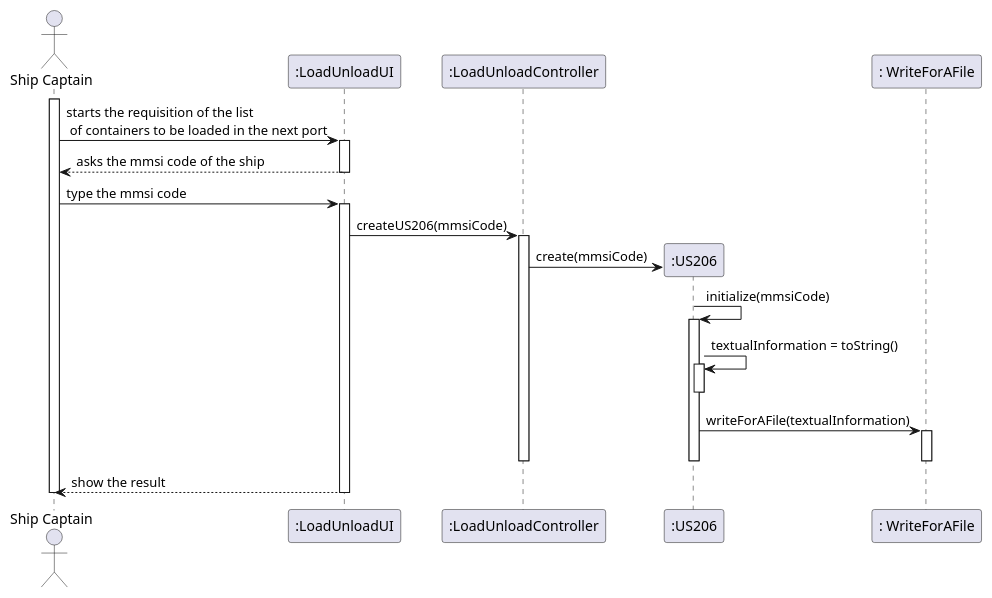
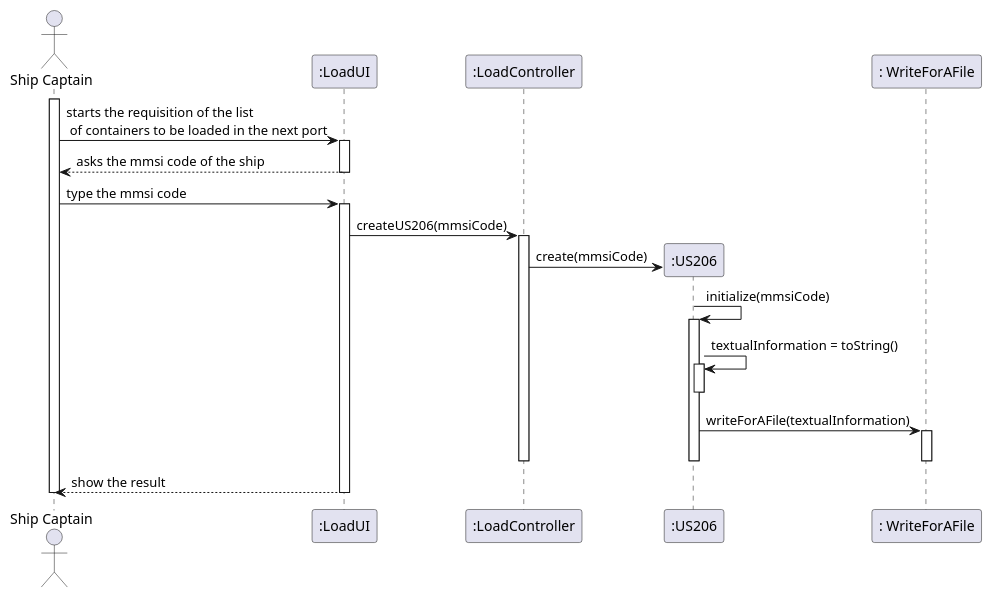
The diagram in docs/US206/US206_SD.puml (0franciscor/lapr3-2021-g042), drawn with PlantUML before and after one commit. The commit also changed 21 other files, not shown here.

```diff
--- a/docs/US206/US206_SD.puml
+++ b/docs/US206/US206_SD.puml
@@ -1,44 +1,44 @@
 @startuml
 'https://plantuml.com/class-diagram
 
 actor "Ship Captain" as SC
-participant ":LoadUnloadUI" as UI
-participant ":LoadUnloadController" as CT
+participant ":LoadUI" as UI
+participant ":LoadController" as CT
 participant ":US206" as US
 participant ": WriteForAFile" as WF
 
 
 
 activate SC
 SC -> UI : starts the requisition of the list \n of containers to be loaded in the next port
 activate UI
 UI --> SC : asks the mmsi code of the ship
 deactivate UI
 SC -> UI : type the mmsi code
 
 
 activate UI
 UI->CT : createUS206(mmsiCode)
 activate CT
 
 
 CT -> US** : create(mmsiCode)
 
 US -> US: initialize(mmsiCode)
 activate US
 
 US -> US : textualInformation = toString()
 activate US
 deactivate US
 US -> WF : writeForAFile(textualInformation)
 
 activate WF
 deactivate WF
 
 deactivate US
 
 deactivate CT
 UI-->SC : show the result
 deactivate UI
 deactivate SC
 @enduml
```
